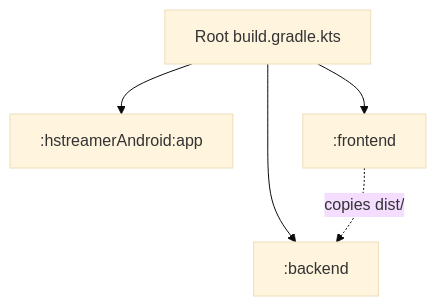
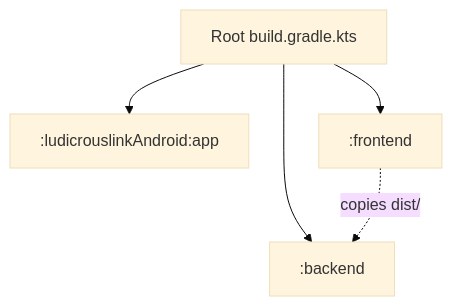
Before and after one commit to 1n4001/ludicrouslink: the diagram in docs/build-system.md, drawn with Mermaid (base theme). The commit also changed other lines of this file and 89 other files, not shown here.

````diff
--- a/docs/build-system.md
+++ b/docs/build-system.md
@@ -7,7 +7,7 @@
 ```mermaid
 graph TD
-    Root["Root build.gradle.kts"] --> Android[":hstreamerAndroid:app"]
+    Root["Root build.gradle.kts"] --> Android[":ludicrouslinkAndroid:app"]
     Root --> Frontend[":frontend"]
     Root --> Backend[":backend"]
     Frontend -.->|"copies dist/"| Backend
 ```
````
